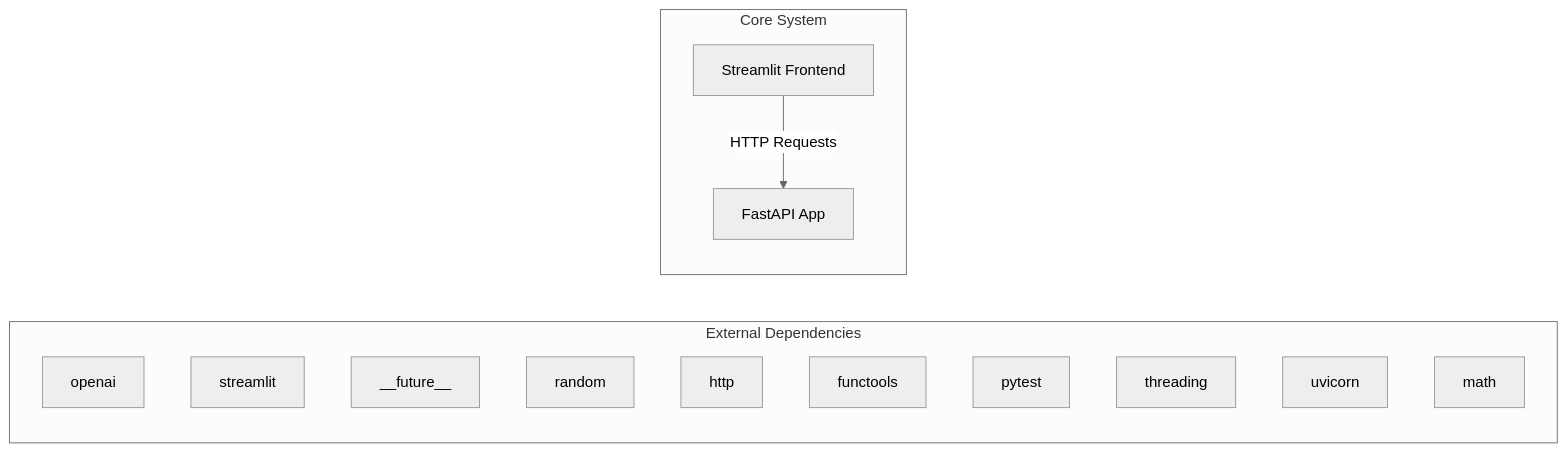
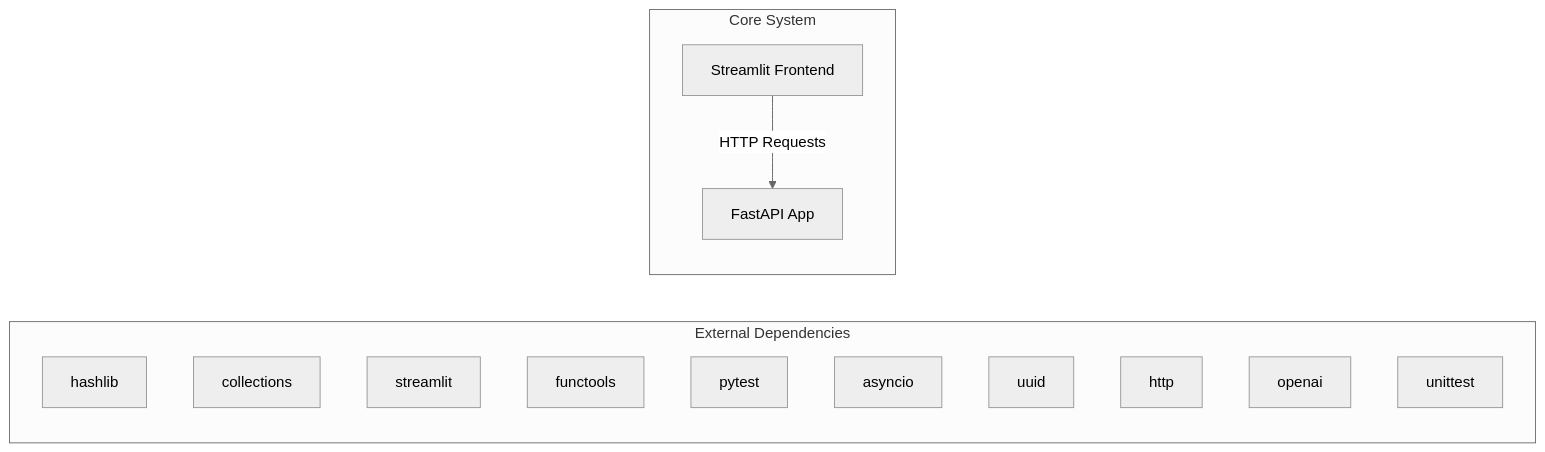
Before and after one commit to NITISH-R-G/rag-context-optimizer: the first of 2 diagrams in docs/architecture.md, drawn with Mermaid (neutral theme). The commit also changed 1 other file, not shown here.

Commit message:
docs: auto-update repository knowledge, architecture diagrams, and documentation

````diff
--- a/docs/architecture.md
+++ b/docs/architecture.md
@@ -7,20 +7,20 @@
 ```mermaid
 graph LR
     subgraph External Dependencies
-        E0["openai"]
-        E1["streamlit"]
-        E2["__future__"]
-        E3["random"]
-        E4["http"]
-        E5["functools"]
-        E6["pytest"]
-        E7["threading"]
-        E8["uvicorn"]
-        E9["math"]
+        E0["hashlib"]
+        E1["collections"]
+        E2["streamlit"]
+        E3["functools"]
+        E4["pytest"]
+        E5["asyncio"]
+        E6["uuid"]
+        E7["http"]
+        E8["openai"]
+        E9["unittest"]
     end
     subgraph Core System
         API["FastAPI App"]
         UI["Streamlit Frontend"]
     end
     UI -->|HTTP Requests| API
 ```
````
